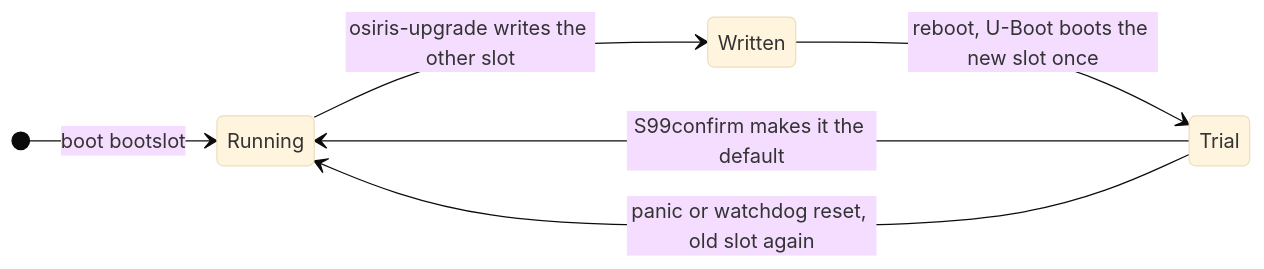
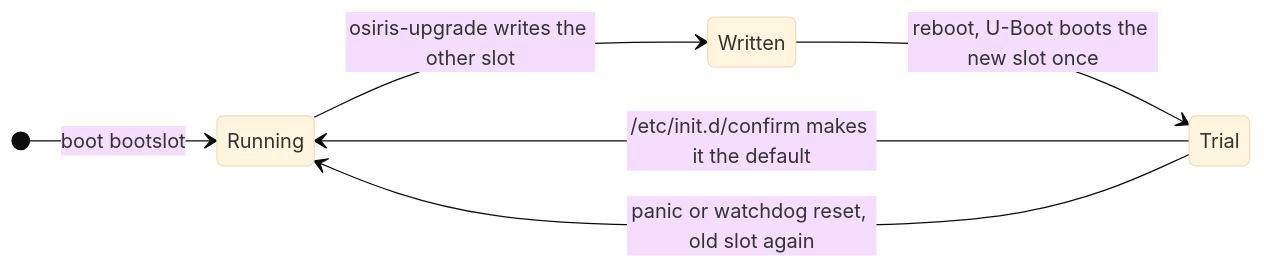
The third of 5 diagrams in docs/architecture.md (ubis/OSIRIS), drawn with Mermaid (base theme) before and after one commit. The commit also changed other lines of this file and 54 other files, not shown here.

````diff
--- a/docs/architecture.md
+++ b/docs/architecture.md
@@ -104,9 +104,9 @@
 ```mermaid
 stateDiagram-v2
     direction LR
     [*] --> Running: boot bootslot
     Running --> Written: osiris-upgrade writes the other slot
     Written --> Trial: reboot, U-Boot boots the new slot once
-    Trial --> Running: S99confirm makes it the default
+    Trial --> Running: /etc/init.d/confirm makes it the default
     Trial --> Running: panic or watchdog reset, old slot again
 ```
````
